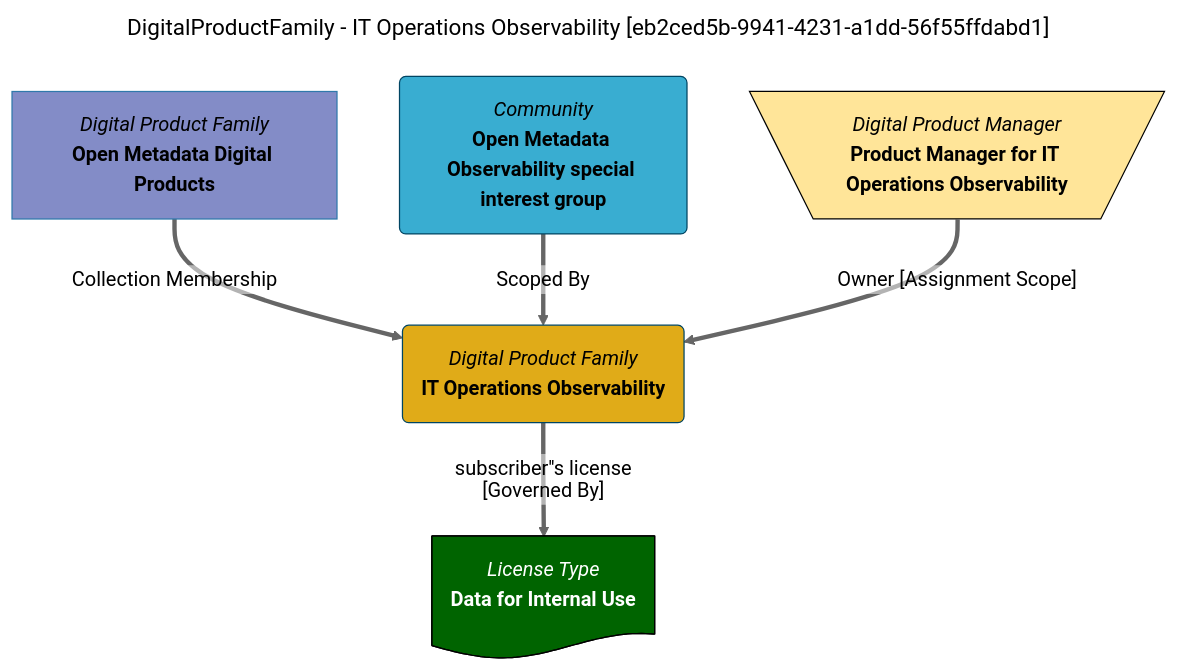
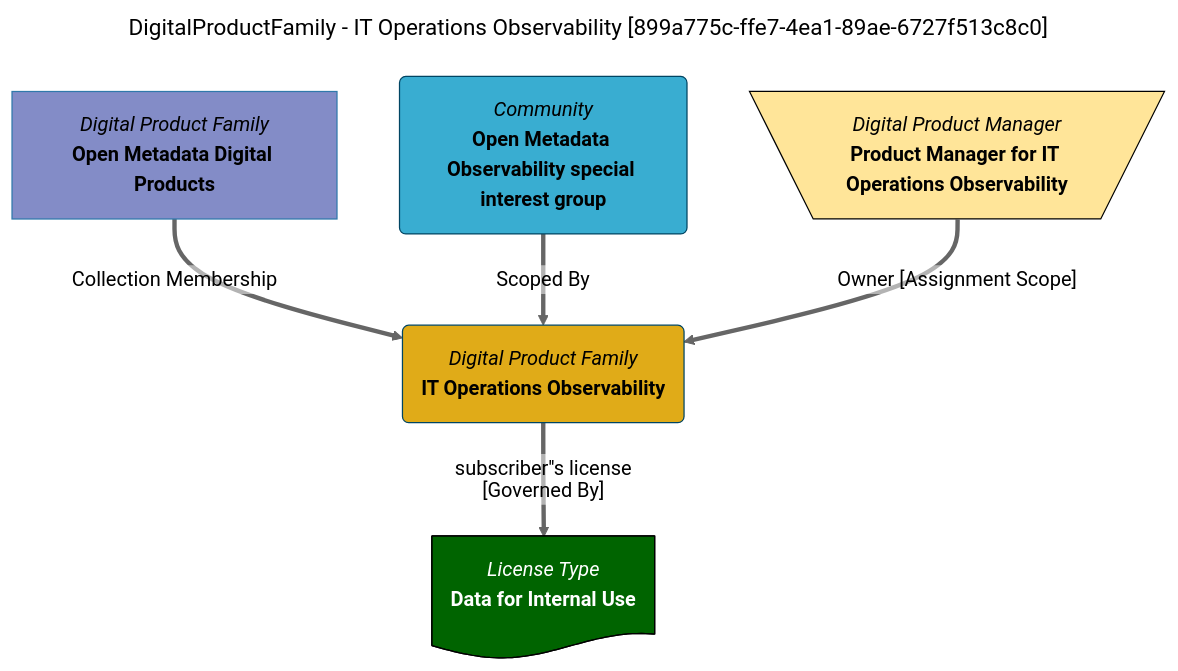
One commit to odpi/egeria-docs changed the diagram in site/snippets/collections/digital-products/it-operations-observability-mermaid-graph.md. Above: the diagram before and after it, drawn with Mermaid (neutral theme). The commit also changed 2201 other files, not shown here.

````diff
--- a/site/snippets/collections/digital-products/it-operations-observability-mermaid-graph.md
+++ b/site/snippets/collections/digital-products/it-operations-observability-mermaid-graph.md
@@ -1,27 +1,27 @@
 ```mermaid
 ---
-title: DigitalProductFamily - IT Operations Observability [eb2ced5b-9941-4231-a1dd-56f55ffdabd1]
+title: DigitalProductFamily - IT Operations Observability [899a775c-ffe7-4ea1-89ae-6727f513c8c0]
 ---
 flowchart TD
 %%{init: {"flowchart": {"htmlLabels": false}} }%%
 
 1@{ shape: rounded, label: "*Digital Product Family*
 **IT Operations Observability**"}
 2@{ shape: rect, label: "*Digital Product Family*
 **Open Metadata Digital Products**"}
 2==>|"Collection Membership"|1
 3@{ shape: rounded, label: "*Community*
 **Open Metadata Observability special interest group**"}
 3==>|"Scoped By"|1
 4@{ shape: trap-t, label: "*Digital Product Manager*
 **Product Manager for IT Operations Observability**"}
 4==>|"Owner [Assignment Scope]"|1
 5@{ shape: doc, label: "*License Type*
 **Data for Internal Use**"}
 1==>|"subscriber''s license [Governed By]"|5
 style 1 color:#000000, fill:#e0ab18, stroke:#004563
 style 2 color:#000000, fill:#838cc7, stroke:#3079ab
 style 3 color:#000000, fill:#39add1, stroke:#004563
 style 4 color:#000000, fill:#FFE599, stroke:#000000
 style 5 color:#FFFFFF, fill:#006400, stroke:#000000
 ```
````
